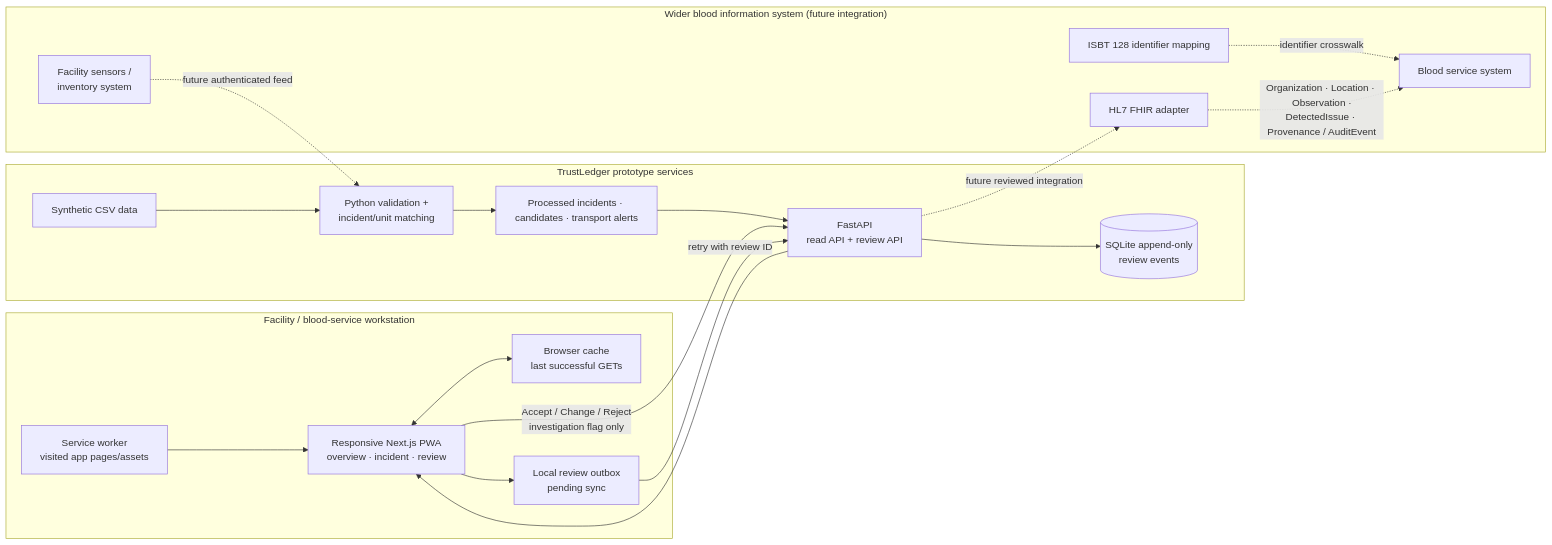
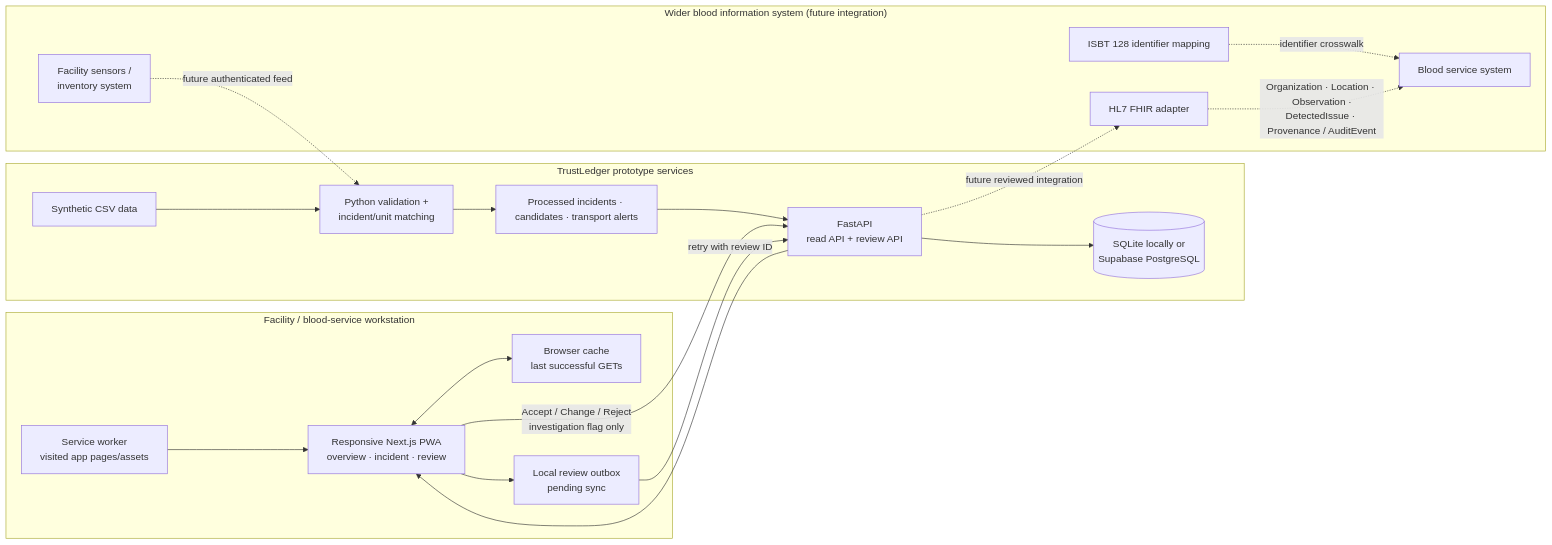
The diagram in docs/architecture.md (isaac-briandt/trustLedger-bct-hackaton-solution-2026), drawn with Mermaid before and after one commit. The commit also changed other lines of this file and 2 other files, not shown here.

Commit message:
Document PostgreSQL audit storage setup

````diff
--- a/docs/architecture.md
+++ b/docs/architecture.md
@@ -5,35 +5,35 @@
 ```mermaid
 flowchart LR
     subgraph Local["Facility / blood-service workstation"]
         UI["Responsive Next.js PWA<br/>overview · incident · review"]
         CACHE["Browser cache<br/>last successful GETs"]
         OUTBOX["Local review outbox<br/>pending sync"]
         SW["Service worker<br/>visited app pages/assets"]
         UI <--> CACHE
         UI --> OUTBOX
         SW --> UI
     end
 
     subgraph Prototype["TrustLedger prototype services"]
         CSV["Synthetic CSV data"]
         PIPE["Python validation +<br/>incident/unit matching"]
         OUTPUT["Processed incidents · candidates · transport alerts"]
         API["FastAPI<br/>read API + review API"]
-        AUDIT[("SQLite append-only<br/>review events")]
+        AUDIT[("SQLite locally or<br/>Supabase PostgreSQL")]
         CSV --> PIPE --> OUTPUT --> API --> UI
         UI -->|"Accept / Change / Reject<br/>investigation flag only"| API
         API --> AUDIT
         OUTBOX -->|"retry with review ID"| API
     end
 
     subgraph Wider["Wider blood information system (future integration)"]
         SENSOR["Facility sensors /<br/>inventory system"]
         HIS["Blood service system"]
         FHIR["HL7 FHIR adapter"]
         ISBT["ISBT 128 identifier mapping"]
         SENSOR -. "future authenticated feed" .-> PIPE
         API -. "future reviewed integration" .-> FHIR
         ISBT -. "identifier crosswalk" .-> HIS
         FHIR -. "Organization · Location · Observation ·<br/>DetectedIssue · Provenance / AuditEvent" .-> HIS
     end
 ```
````
